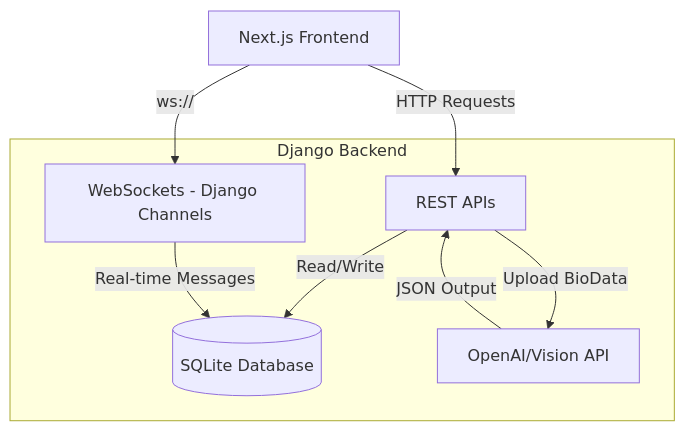
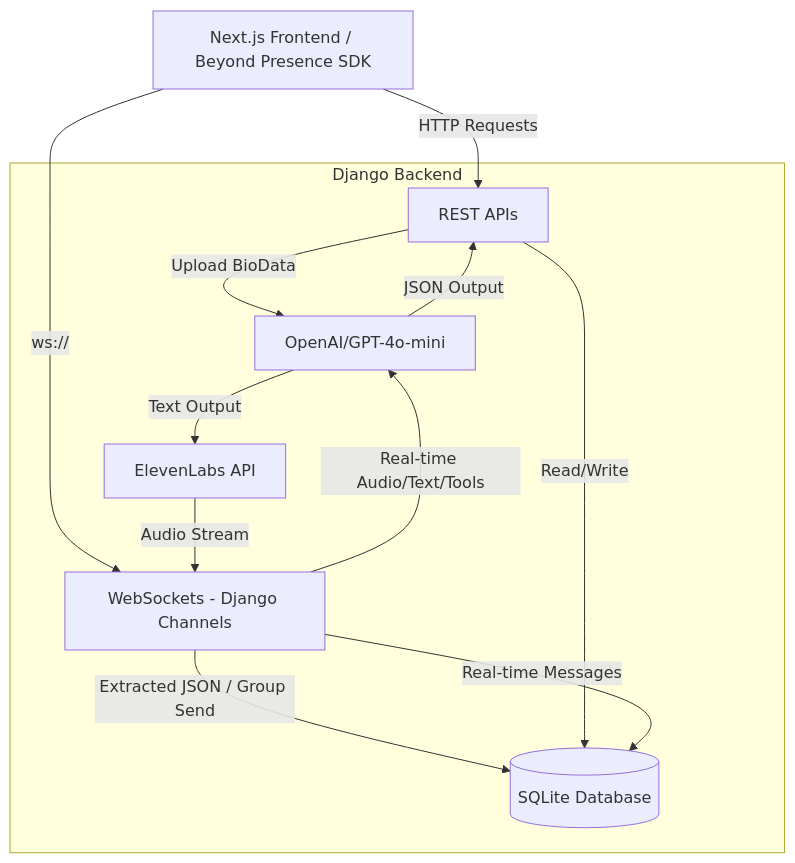
The first of 2 diagrams in README.md (gentleakshit69/haldimahendi-website-), drawn with Mermaid before and after one commit. The commit also changed other lines of this file and 18 other files, not shown here.

````diff
--- a/README.md
+++ b/README.md
@@ -29,20 +30,26 @@
 ```mermaid
 graph TD
-    Client[Next.js Frontend]
+    Client[Next.js Frontend / Beyond Presence SDK]
     
     subgraph DjangoBackend ["Django Backend"]
         REST[REST APIs]
         WS[WebSockets - Django Channels]
         DB[(SQLite Database)]
-        LLM[OpenAI/Vision API]
+        LLM[OpenAI/GPT-4o-mini]
+        TTS[ElevenLabs API]
     end
 
     Client -- HTTP Requests --> REST
     Client -- ws:// --> WS
     
     REST -- Upload BioData --> LLM
     LLM -- JSON Output --> REST
     
+    WS -- Real-time Audio/Text/Tools --> LLM
+    LLM -- Text Output --> TTS
+    TTS -- Audio Stream --> WS
+    WS -- Extracted JSON / Group Send --> DB
+    
     REST -- Read/Write --> DB
     WS -- Real-time Messages --> DB
 ```
````
